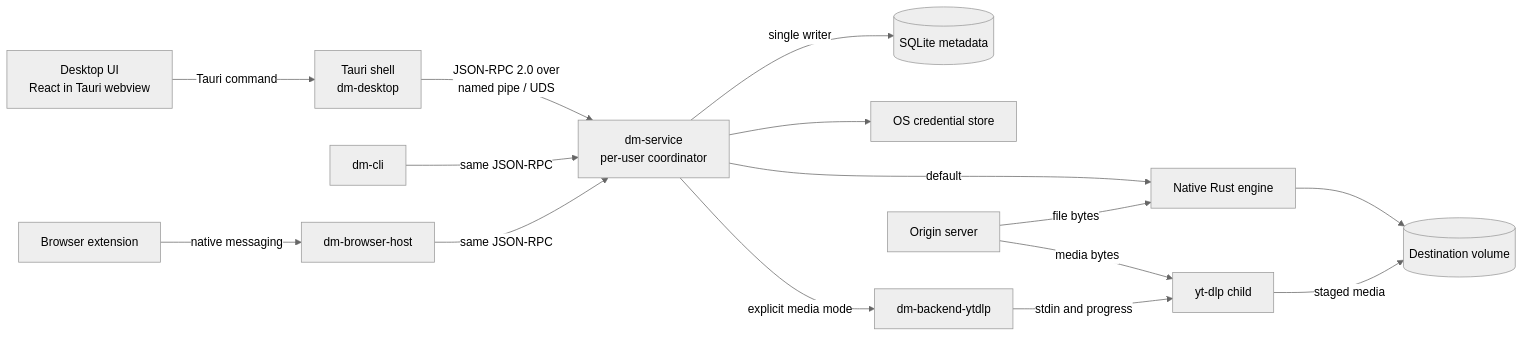
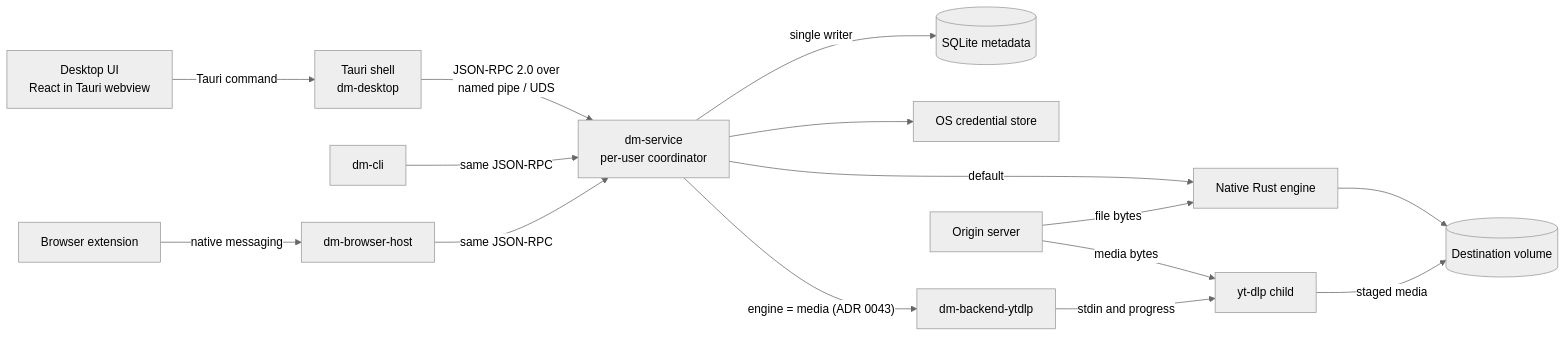
Before and after one commit to DevSagar007/Downova: the diagram in docs/architecture.md, drawn with Mermaid (neutral theme). The commit also changed other lines of this file and 62 other files, not shown here.

First line of the commit message:
feat(engine): per-download engine selection, files and media in one service (ADR 0043)

````diff
--- a/docs/architecture.md
+++ b/docs/architecture.md
@@ -14,17 +14,17 @@
 ```mermaid
 flowchart LR
     UI["Desktop UI<br/>React in Tauri webview"] -->|Tauri command| Shell["Tauri shell<br/>dm-desktop"]
     Shell -->|"JSON-RPC 2.0 over<br/>named pipe / UDS"| Svc["dm-service<br/>per-user coordinator"]
     CLI["dm-cli"] -->|same JSON-RPC| Svc
     Ext["Browser extension"] -->|native messaging| Host["dm-browser-host"]
     Host -->|same JSON-RPC| Svc
     Svc -->|single writer| DB[("SQLite metadata")]
     Svc --> Cred["OS credential store"]
     Svc -->|"default"| Native["Native Rust engine"]
-    Svc -->|"explicit media mode"| Media["dm-backend-ytdlp"]
+    Svc -->|"engine = media (ADR 0043)"| Media["dm-backend-ytdlp"]
     Media -->|"stdin and progress"| Engine["yt-dlp child"]
     Origin["Origin server"] -->|file bytes| Native
     Origin -->|media bytes| Engine
     Native --> Disk[("Destination volume")]
     Engine -->|staged media| Disk
 ```
````
